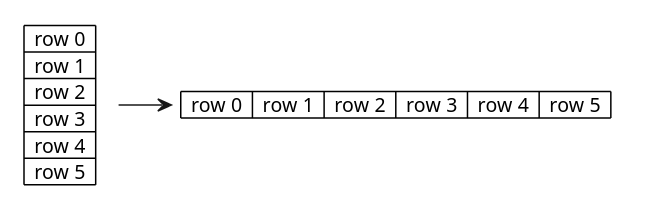
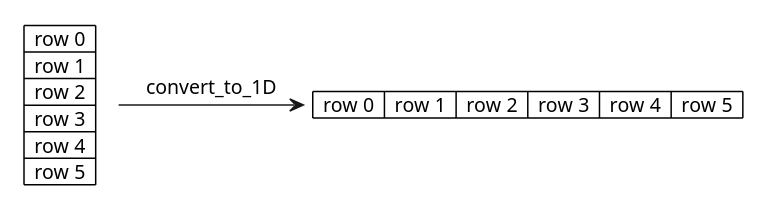
The first of 12 diagrams in heastSeq/rapport.md (Arkanthara/parallelism), drawn with PlantUML before and after one commit. The commit also changed other lines of this file and 28 other files, not shown here.

````diff
--- a/heastSeq/rapport.md
+++ b/heastSeq/rapport.md
@@ -68,26 +65,26 @@
 ```plantuml
 @startuml
 
 <style>
 note {
     backgroundcolor white
     shadowing 0
     linecolor transparent
 }
 </style>
 note as grid
     |  row 0  |
     |  row 1  |
     |  row 2  |
     |  row 3  |
     |  row 4  |
     |  row 5  |
 end note
 
 note as gridline
     |  row 0  |  row 1  |  row 2  |  row 3  |  row 4  |  row 5  |
 end note
 
-grid -> gridline
+grid -r-> gridline: convert_to_1D
 @enduml
 ```
````
